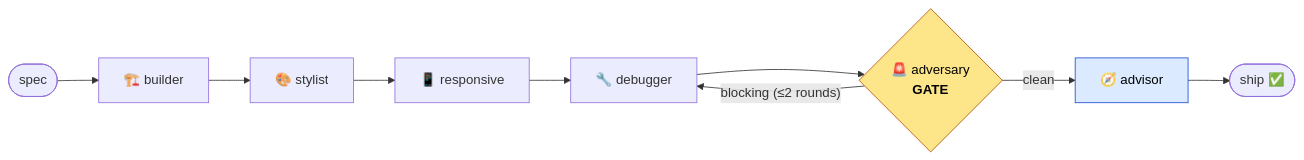
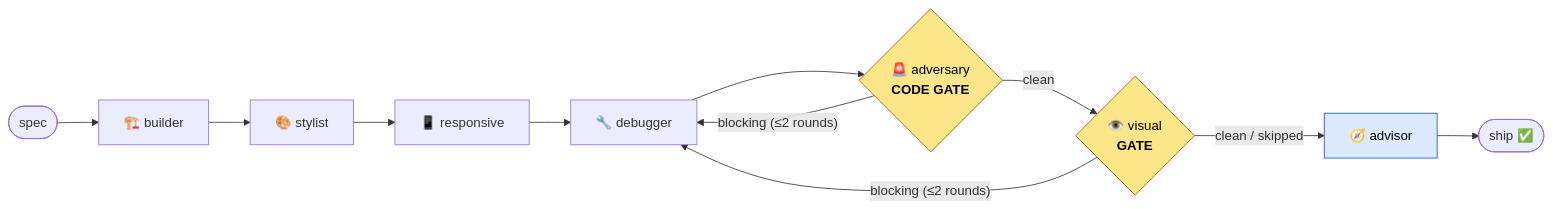
The second of 4 diagrams in README.md (patrickdeanfox/zuar-portal-mcp), drawn with Mermaid before and after one commit. The commit also changed other lines of this file and 16 other files, not shown here.

````diff
--- a/README.md
+++ b/README.md
@@ -178,12 +178,14 @@
 ```mermaid
 flowchart LR
     spec([spec]) --> B["🏗️ builder"] --> St["🎨 stylist"] --> R["📱 responsive"] --> D["🔧 debugger"]
-    D --> A{"🚨 adversary<br/><b>GATE</b>"}
+    D --> A{"🚨 adversary<br/><b>CODE GATE</b>"}
     A -- "blocking (≤2 rounds)" --> D
-    A -- "clean" --> Ad["🧭 advisor"] --> ship([ship ✅])
+    A -- "clean" --> V{"👁️ visual<br/><b>GATE</b>"}
+    V -- "blocking (≤2 rounds)" --> D
+    V -- "clean / skipped" --> Ad["🧭 advisor"] --> ship([ship ✅])
 
     classDef gate fill:#fde68a,stroke:#b45309,color:#000;
     classDef ro fill:#dbeafe,stroke:#1d4ed8,color:#000;
-    class A gate
+    class A,V gate
     class Ad ro
 ```
````
